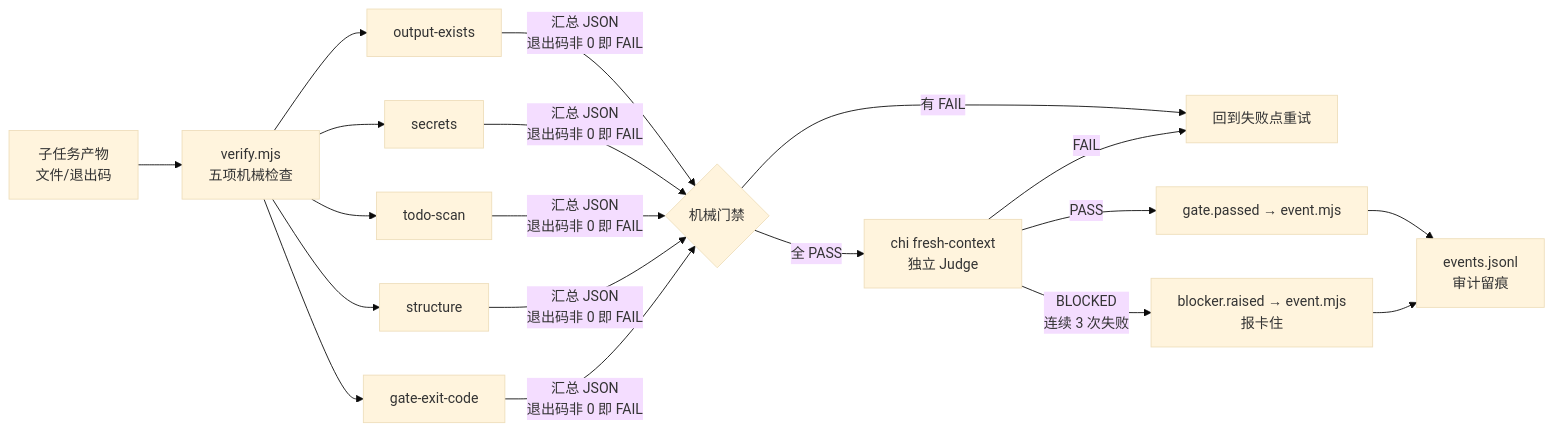
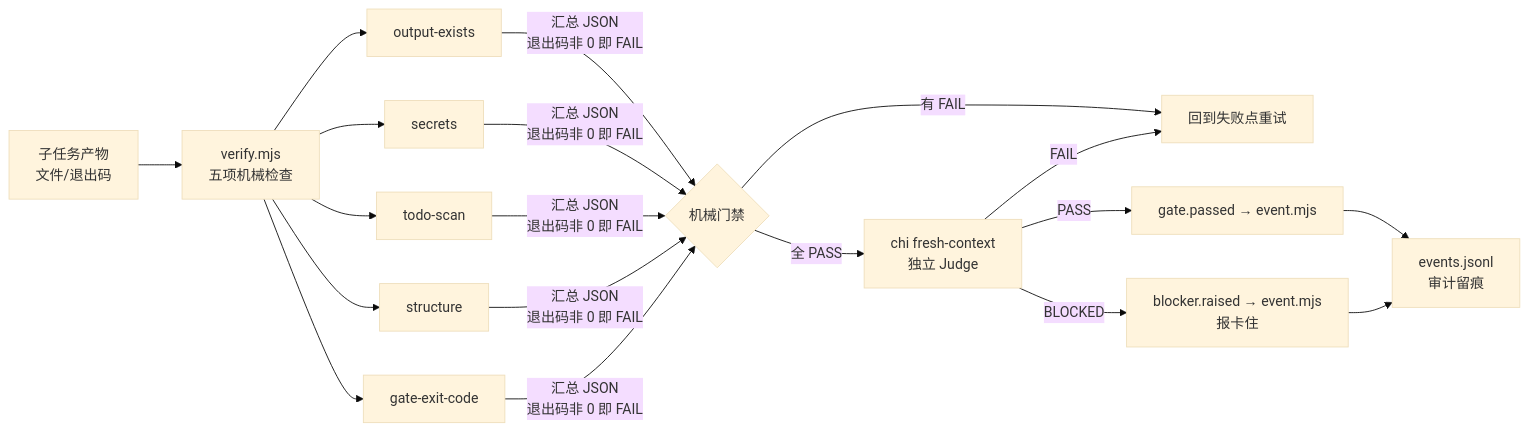
The third of 4 diagrams in docs/architecture.md (cgartlab/men), drawn with Mermaid (base theme) before and after one commit. The commit also changed other lines of this file and 6 other files, not shown here.

````diff
--- a/docs/architecture.md
+++ b/docs/architecture.md
@@ -58,16 +114,16 @@
 ```mermaid
 flowchart LR
     A[子任务产物<br/>文件/退出码] --> B[verify.mjs<br/>五项机械检查]
     B --> B1[output-exists]
     B --> B2[secrets]
     B --> B3[todo-scan]
     B --> B4[structure]
     B --> B5[gate-exit-code]
     B1 & B2 & B3 & B4 & B5 -->|汇总 JSON<br/>退出码非 0 即 FAIL| C{机械门禁}
     C -->|有 FAIL| D[回到失败点重试]
     C -->|全 PASS| E[chi fresh-context<br/>独立 Judge]
     E -->|PASS| F[gate.passed → event.mjs]
     E -->|FAIL| D
-    E -->|BLOCKED<br/>连续 3 次失败| G[blocker.raised → event.mjs<br/>报卡住]
+    E -->|BLOCKED| G[blocker.raised → event.mjs<br/>报卡住]
     F & G --> H[events.jsonl<br/>审计留痕]
 ```
````
